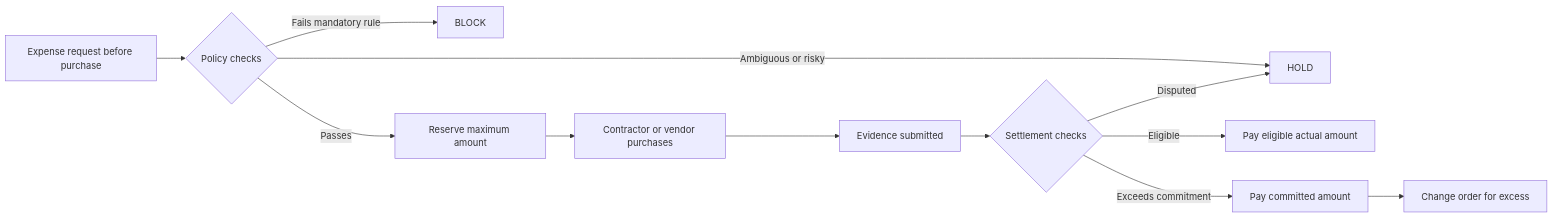
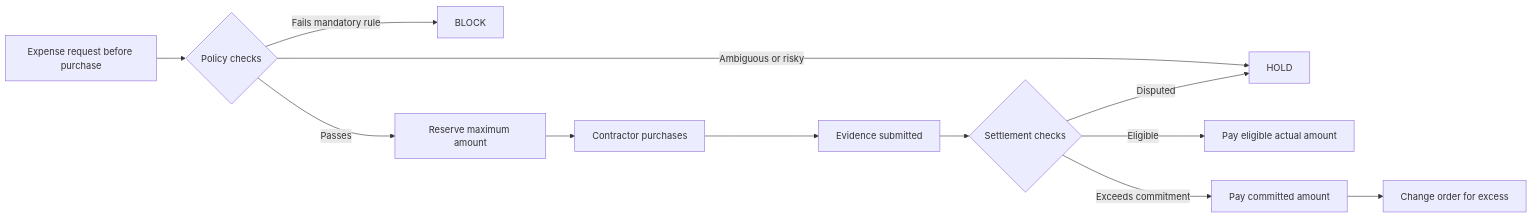
The second of 2 diagrams in docs/how-it-works.md (hyunhomon/ploby), drawn with Mermaid before and after one commit. The commit also changed other lines of this file and 16 other files, not shown here.

Commit message:
docs: resolve architecture review findings

````diff
--- a/docs/how-it-works.md
+++ b/docs/how-it-works.md
@@ -44,14 +44,14 @@
 ```mermaid
 flowchart LR
     A[Expense request before purchase] --> B{Policy checks}
     B -->|Fails mandatory rule| C[BLOCK]
     B -->|Ambiguous or risky| D[HOLD]
     B -->|Passes| E[Reserve maximum amount]
-    E --> F[Contractor or vendor purchases]
+    E --> F[Contractor purchases]
     F --> G[Evidence submitted]
     G --> H{Settlement checks}
     H -->|Eligible| I[Pay eligible actual amount]
     H -->|Exceeds commitment| J[Pay committed amount]
     J --> K[Change order for excess]
     H -->|Disputed| D
 ```
````
